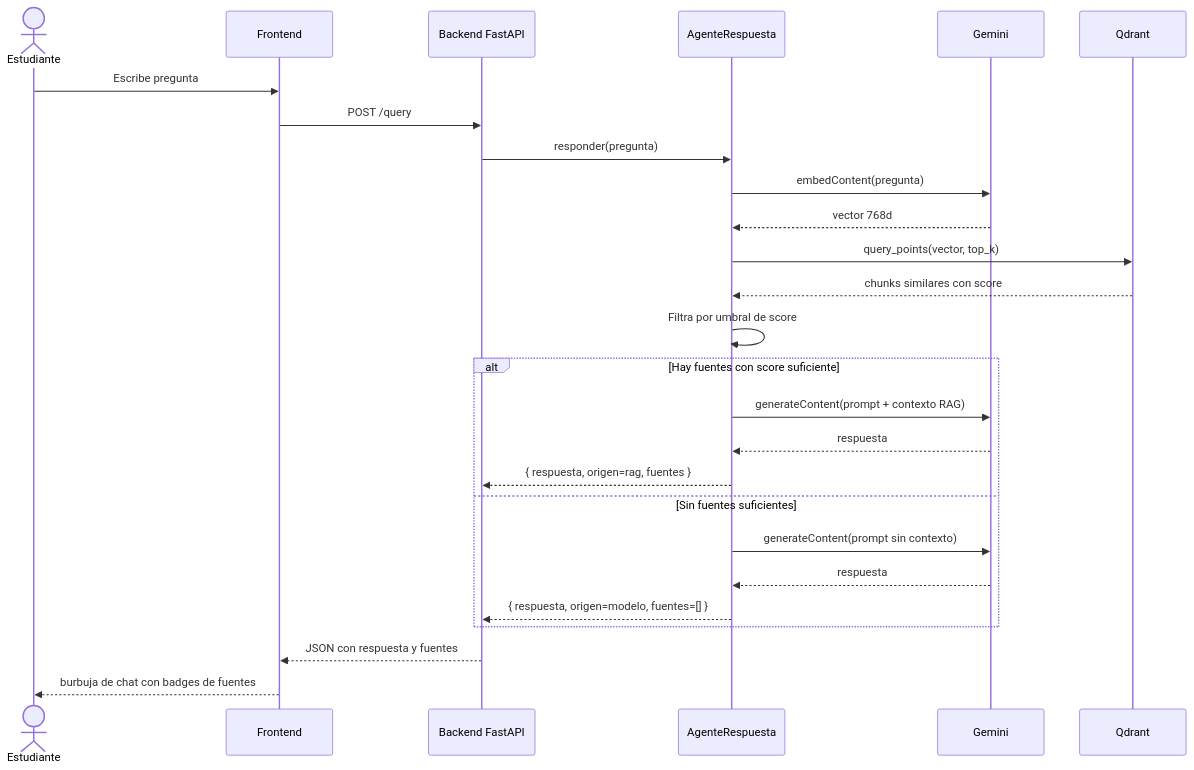
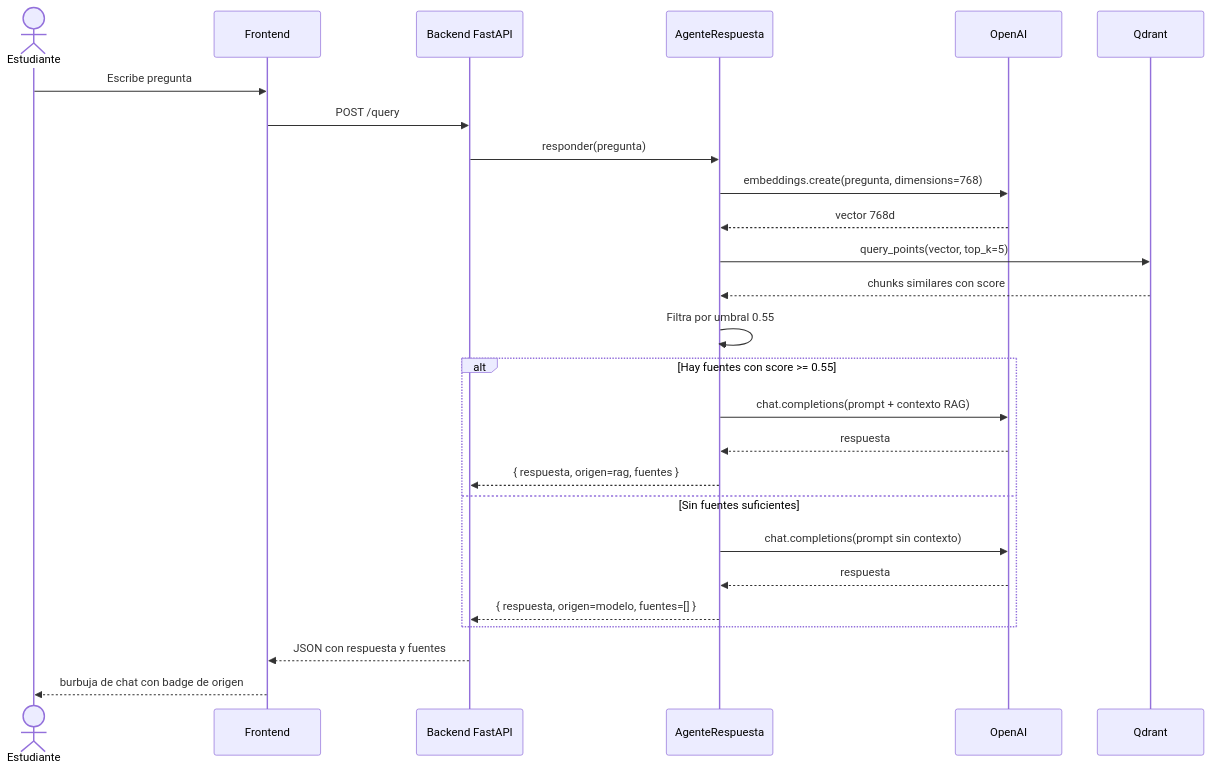
One commit to imlozano/mentor-ia-v2 changed the third of 4 diagrams in docs/academic/Arquitectura_Multiagente.md. Above: the diagram before and after it, drawn with Mermaid. The commit also changed other lines of this file and 6 other files, not shown here.

````diff
--- a/docs/academic/Arquitectura_Multiagente.md
+++ b/docs/academic/Arquitectura_Multiagente.md
@@ -312,29 +315,29 @@
 ```mermaid
 sequenceDiagram
     actor U as Estudiante
     participant FE as Frontend
     participant BE as Backend FastAPI
     participant AR as AgenteRespuesta
-    participant GE as Gemini
+    participant OAI as OpenAI
     participant QD as Qdrant
 
     U->>FE: Escribe pregunta
     FE->>BE: POST /query
     BE->>AR: responder(pregunta)
-    AR->>GE: embedContent(pregunta)
-    GE-->>AR: vector 768d
-    AR->>QD: query_points(vector, top_k)
+    AR->>OAI: embeddings.create(pregunta, dimensions=768)
+    OAI-->>AR: vector 768d
+    AR->>QD: query_points(vector, top_k=5)
     QD-->>AR: chunks similares con score
-    AR->>AR: Filtra por umbral de score
-    alt Hay fuentes con score suficiente
-        AR->>GE: generateContent(prompt + contexto RAG)
-        GE-->>AR: respuesta
+    AR->>AR: Filtra por umbral 0.55
+    alt Hay fuentes con score >= 0.55
+        AR->>OAI: chat.completions(prompt + contexto RAG)
+        OAI-->>AR: respuesta
         AR-->>BE: { respuesta, origen=rag, fuentes }
     else Sin fuentes suficientes
-        AR->>GE: generateContent(prompt sin contexto)
-        GE-->>AR: respuesta
+        AR->>OAI: chat.completions(prompt sin contexto)
+        OAI-->>AR: respuesta
         AR-->>BE: { respuesta, origen=modelo, fuentes=[] }
     end
     BE-->>FE: JSON con respuesta y fuentes
-    FE-->>U: burbuja de chat con badges de fuentes
+    FE-->>U: burbuja de chat con badge de origen
 ```
````
